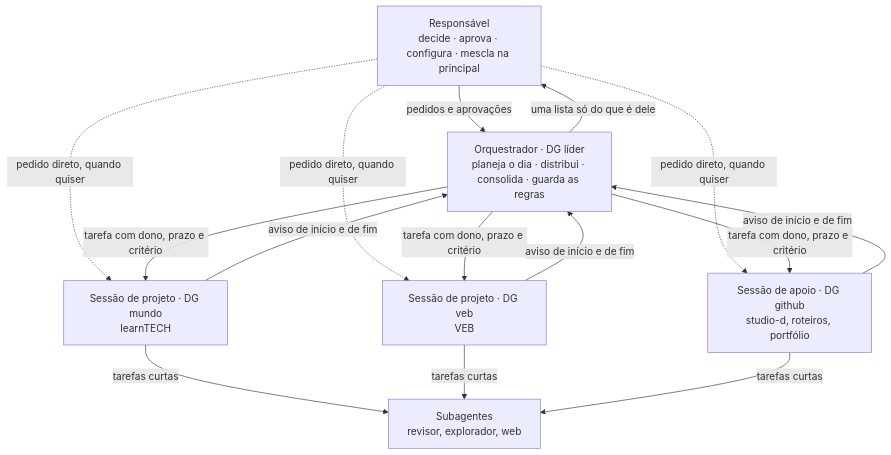
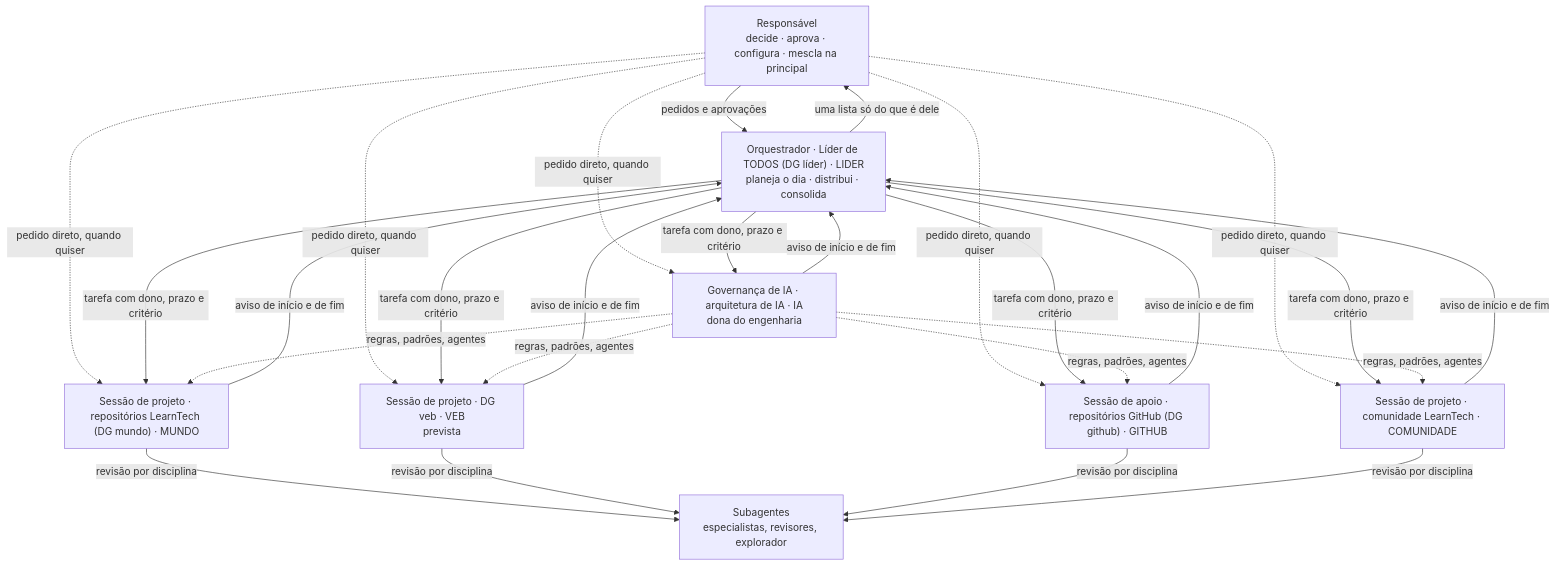
Before and after one commit to douglasabnovato/engenharia: the diagram in ia/orquestracao.md, drawn with Mermaid. The commit also changed other lines of this file and 26 other files, not shown here.

First line of the commit message:
docs(ia): governança da arquitetura de IA, ciclo evolutivo e especialistas (F1)

````diff
--- a/ia/orquestracao.md
+++ b/ia/orquestracao.md
@@ -9,16 +9,19 @@
 ```mermaid
 flowchart TB
   R["Responsável<br/>decide · aprova · configura · mescla na principal"]
-  O["Orquestrador · DG líder<br/>planeja o dia · distribui · consolida · guarda as regras"]
-  M["Sessão de projeto · DG mundo<br/>learnTECH"]
-  V["Sessão de projeto · DG veb<br/>VEB"]
-  G["Sessão de apoio · DG github<br/>studio-d, roteiros, portfólio"]
-  S["Subagentes<br/>revisor, explorador, web"]
+  O["Orquestrador · Líder de TODOS (DG líder) · LIDER<br/>planeja o dia · distribui · consolida"]
+  I["Governança de IA · arquitetura de IA · IA<br/>dona do engenharia"]
+  M["Sessão de projeto · repositórios LearnTech (DG mundo) · MUNDO"]
+  V["Sessão de projeto · DG veb · VEB<br/>prevista"]
+  G["Sessão de apoio · repositórios GitHub (DG github) · GITHUB"]
+  C["Sessão de projeto · comunidade LearnTech · COMUNIDADE"]
+  S["Subagentes<br/>especialistas, revisores, explorador"]
 
   R -- pedidos e aprovações --> O
-  R -. pedido direto, quando quiser .-> M & V & G
-  O -- tarefa com dono, prazo e critério --> M & V & G
-  M & V & G -- aviso de início e de fim --> O
+  R -. pedido direto, quando quiser .-> M & V & G & C & I
+  O -- tarefa com dono, prazo e critério --> M & V & G & C & I
+  M & V & G & C & I -- aviso de início e de fim --> O
   O -- uma lista só do que é dele --> R
-  M & V & G -- tarefas curtas --> S
+  I -. regras, padrões, agentes .-> M & V & G & C
+  M & V & G & C -- revisão por disciplina --> S
 ```
````
